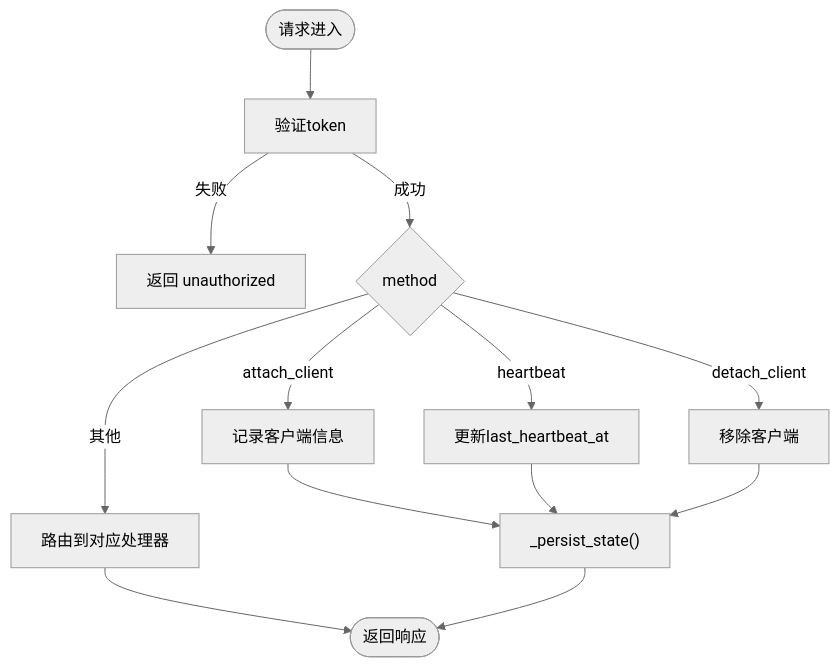
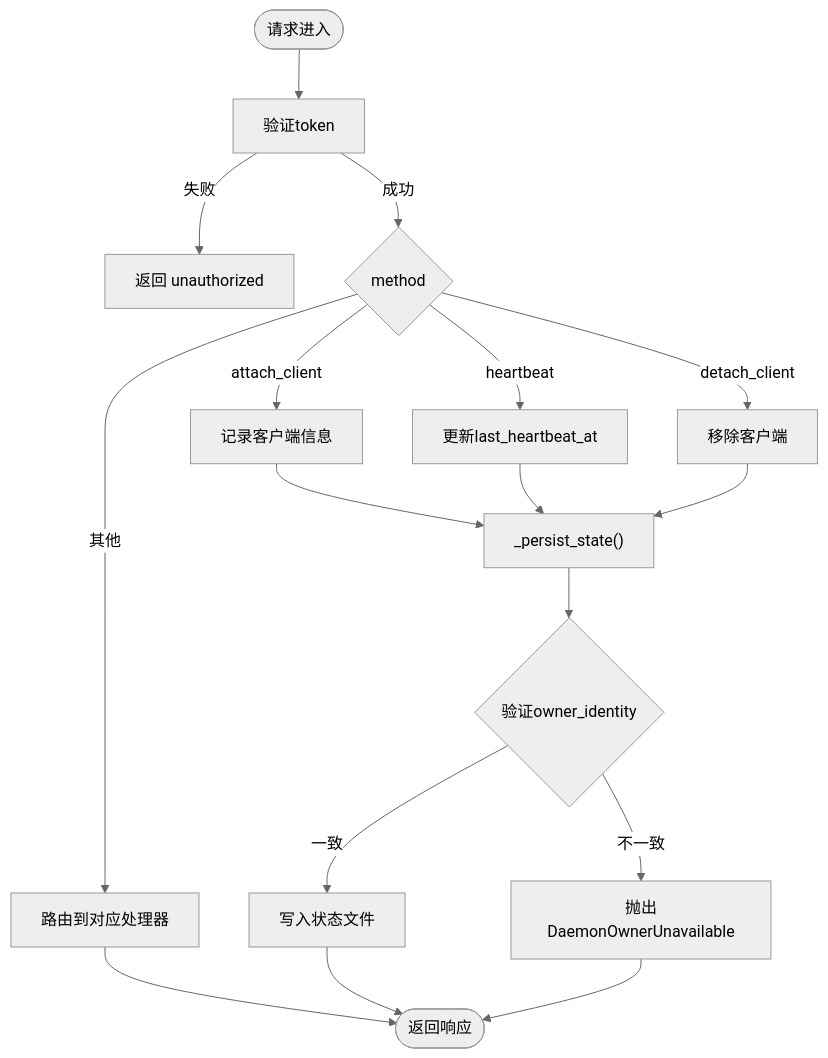
Before and after one commit to haolange/RDC-Tool: the fourth of 8 diagrams in .qoder/repowiki/zh/content/架构设计/守护进程通信/守护进程服务器.md, drawn with Mermaid (neutral theme). The commit also changed other lines of this file and 67 other files, not shown here.

````diff
--- a/.qoder/repowiki/zh/content/架构设计/守护进程通信/守护进程服务器.md
+++ b/.qoder/repowiki/zh/content/架构设计/守护进程通信/守护进程服务器.md
@@ -191,15 +225,19 @@
 ```mermaid
 flowchart TD
 Start(["请求进入"]) --> Auth["验证token"]
 Auth --> |失败| Err["返回 unauthorized"]
 Auth --> |成功| Method{"method"}
 Method --> |attach_client| Attach["记录客户端信息"]
 Method --> |heartbeat| Heart["更新last_heartbeat_at"]
 Method --> |detach_client| Detach["移除客户端"]
 Method --> |其他| Dispatch["路由到对应处理器"]
 Attach --> Persist["_persist_state()"]
 Heart --> Persist
 Detach --> Persist
 Dispatch --> End(["返回响应"])
-Persist --> End
+Persist --> Validate{"验证owner_identity"}
+Validate --> |一致| Write["写入状态文件"]
+Validate --> |不一致| RaiseErr["抛出DaemonOwnerUnavailable"]
+Write --> End
+RaiseErr --> End
 ```
````
